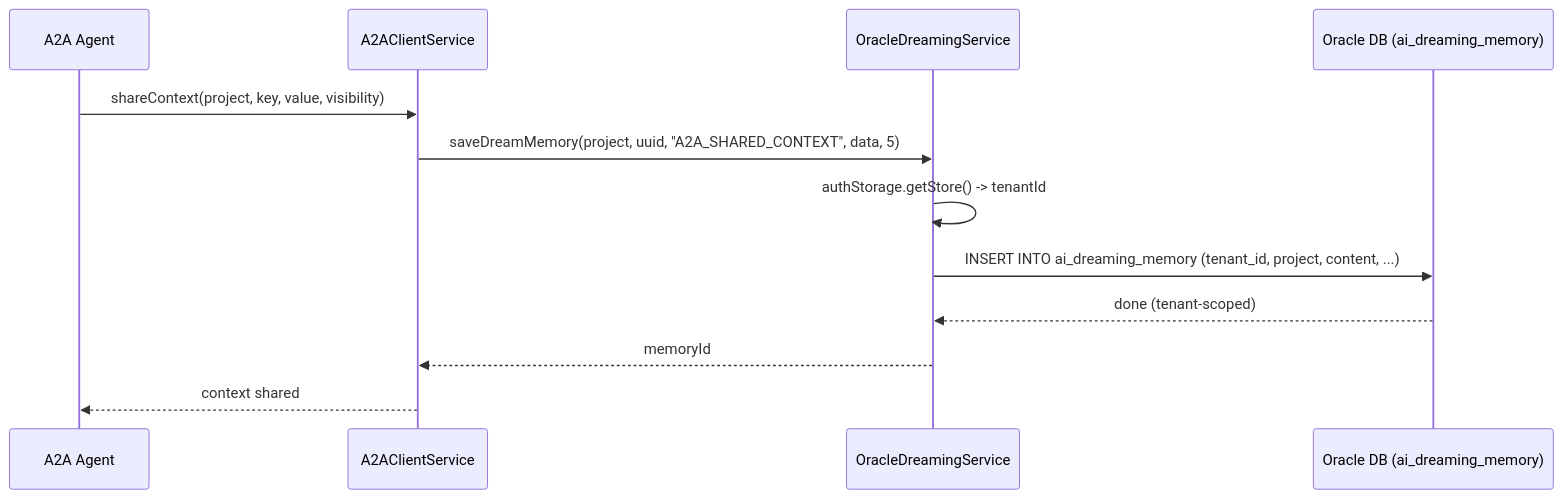
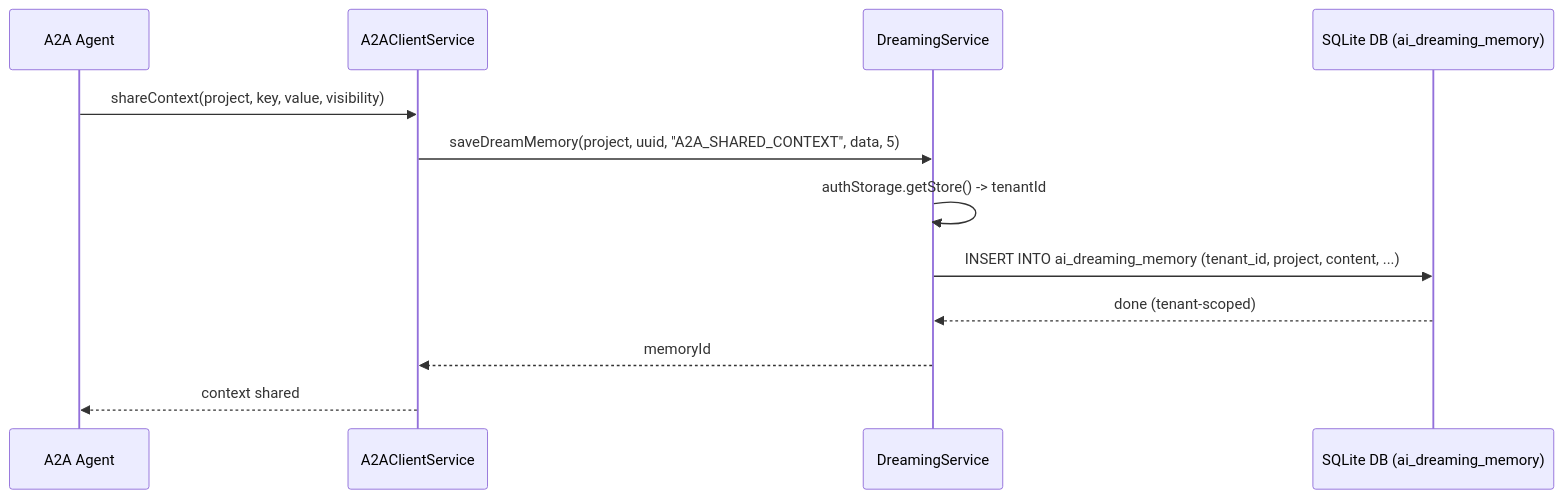
Before and after one commit to giauphan/codeatlas-platform: the fifth of 10 diagrams in docs/a2a-flow.md, drawn with Mermaid. The commit also changed other lines of this file and 79 other files, not shown here.

First line of the commit message:
Migrate from Oracle to SQLite as default database (#226)

````diff
--- a/docs/a2a-flow.md
+++ b/docs/a2a-flow.md
@@ -108,15 +108,15 @@
 ```mermaid
 sequenceDiagram
     participant Agent as A2A Agent
     participant ClientSvc as A2AClientService
-    participant DreamSvc as OracleDreamingService
-    participant DB as Oracle DB (ai_dreaming_memory)
+    participant DreamSvc as DreamingService
+    participant DB as SQLite DB (ai_dreaming_memory)
 
     Agent->>ClientSvc: shareContext(project, key, value, visibility)
     ClientSvc->>DreamSvc: saveDreamMemory(project, uuid, "A2A_SHARED_CONTEXT", data, 5)
     DreamSvc->>DreamSvc: authStorage.getStore() -> tenantId
     DreamSvc->>DB: INSERT INTO ai_dreaming_memory (tenant_id, project, content, ...)
     DB-->>DreamSvc: done (tenant-scoped)
     DreamSvc-->>ClientSvc: memoryId
     ClientSvc-->>Agent: context shared
 ```
````
